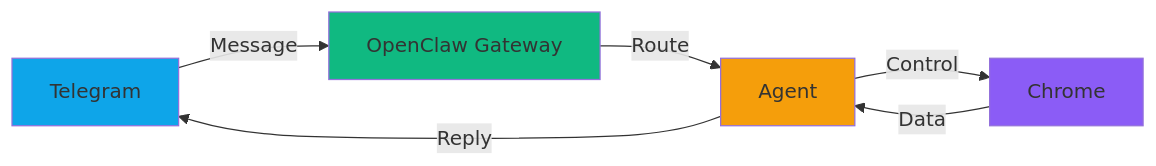
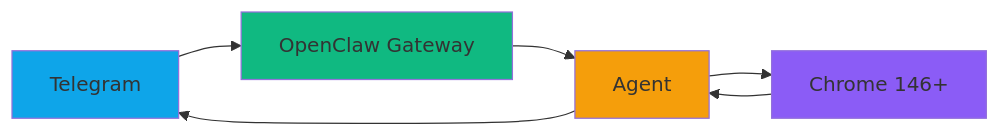
The eighth of 8 diagrams in docs/use-cases/openclaw-313-live-chrome-attach.md (fanani-radian/openclaw-sumopod), drawn with Mermaid before and after one commit. The commit also changed other lines of this file, not shown here.

First line of the commit message:
fix(live-chrome-attach): Fix Mermaid syntax + add Chrome 146+ requirement

````diff
--- a/docs/use-cases/openclaw-313-live-chrome-attach.md
+++ b/docs/use-cases/openclaw-313-live-chrome-attach.md
@@ -566,13 +581,13 @@
 ```mermaid
 graph LR
-    A[Telegram] -->|Message| B[OpenClaw Gateway]
-    B -->|Route| C[Agent]
-    C -->|Control| D[Chrome]
-    D -->|Data| C
-    C -->|Reply| A
+    A[Telegram] --> B[OpenClaw Gateway]
+    B --> C[Agent]
+    C --> D[Chrome 146+]
+    D --> C
+    C --> A
     
     style A fill:#0ea5e9
     style B fill:#10b981
     style C fill:#f59e0b
     style D fill:#8b5cf6
 ```
````
